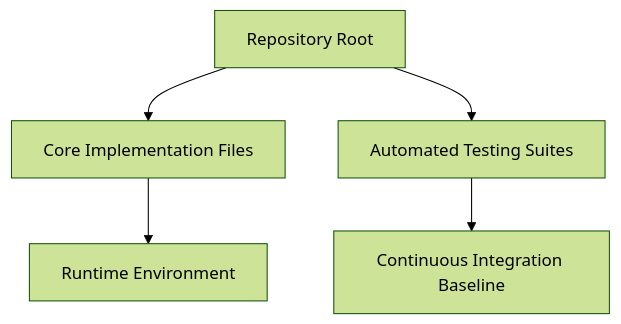
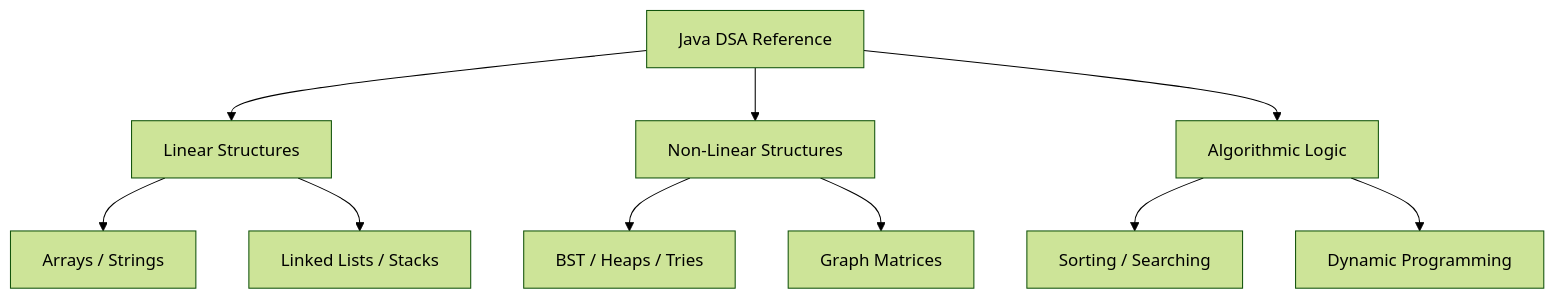
Before and after one commit to krsna016/dsa-in-java-2025: the diagram in README.md, drawn with Mermaid (forest theme). The commit also changed other lines of this file and 3 other files, not shown here.

Commit message:
docs: 10-phase engineering audit, bespoke README reconstruction, and Java compilation tests

````diff
--- a/README.md
+++ b/README.md
@@ -19,7 +21,15 @@
 ```mermaid
 graph TD
-    Root[Repository Root] --> Logic[Core Implementation Files]
-    Root --> Tests[Automated Testing Suites]
-    Logic --> Execution[Runtime Environment]
-    Tests --> CI[Continuous Integration Baseline]
+    Root[Java DSA Reference] --> Linear[Linear Structures]
+    Root --> NonLinear[Non-Linear Structures]
+    Root --> Alg[Algorithmic Logic]
+    
+    Linear --> Arrays[Arrays / Strings]
+    Linear --> Nodes[Linked Lists / Stacks]
+    
+    NonLinear --> Trees[BST / Heaps / Tries]
+    NonLinear --> Graphs[Graph Matrices]
+    
+    Alg --> Sort[Sorting / Searching]
+    Alg --> DP[Dynamic Programming]
 ```
````
